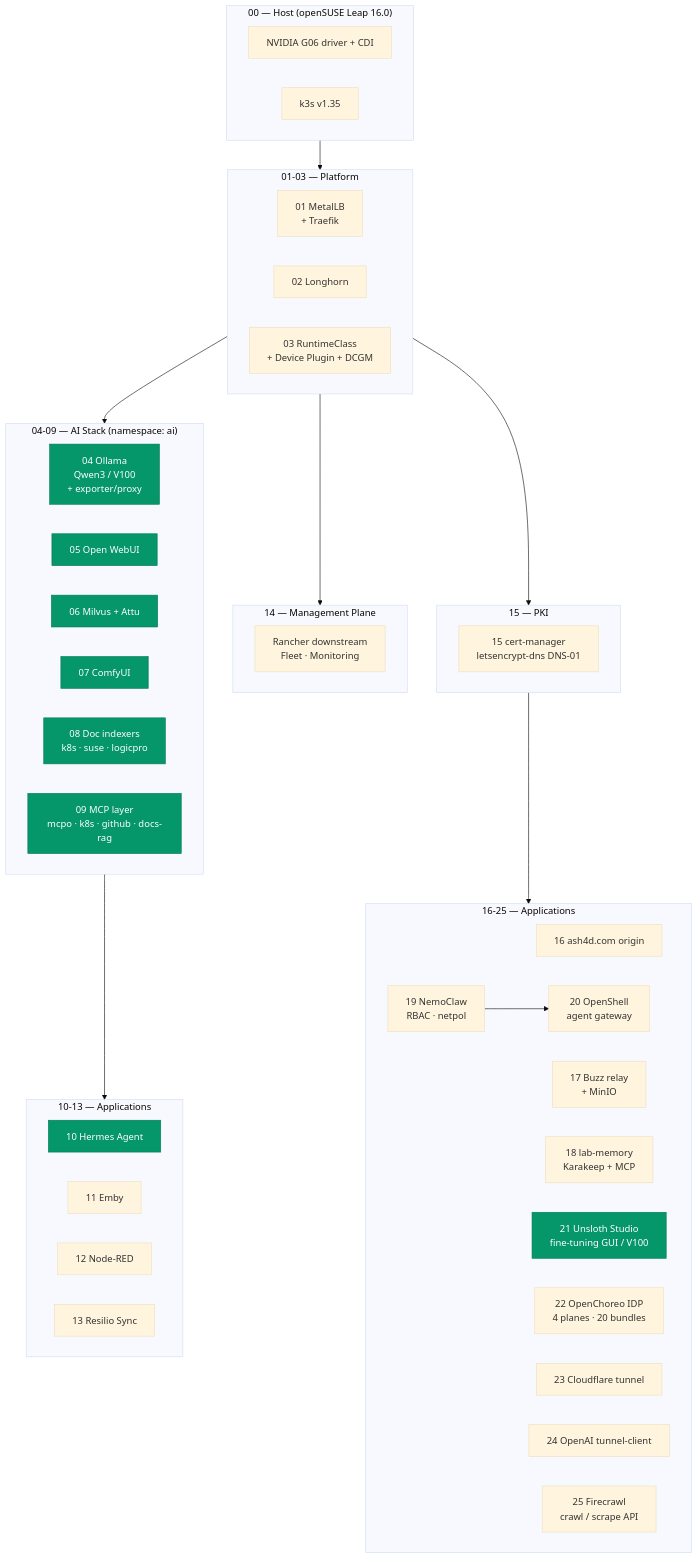
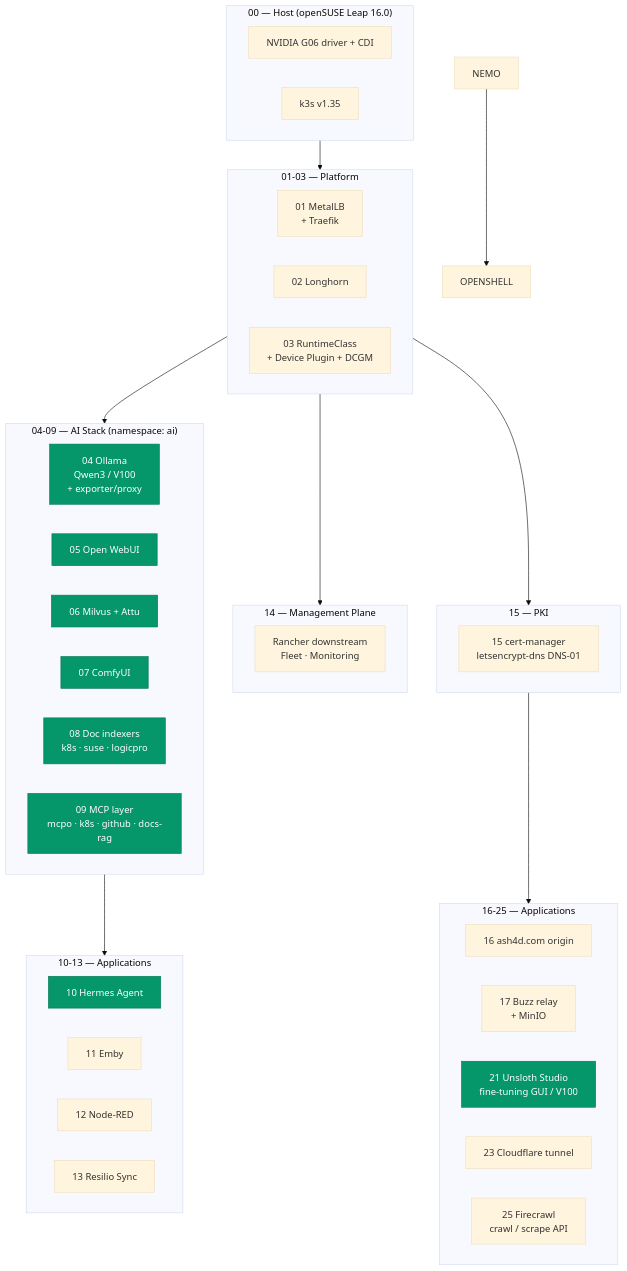
One commit to darthzen/lab-fleet changed the first of 2 diagrams in README.md. Above: the diagram before and after it, drawn with Mermaid (base theme). The commit also changed other lines of this file and 95 other files, not shown here.

First line of the commit message:
Remove OpenChoreo, lab-memory, NemoClaw and OpenShell (#39)

````diff
--- a/README.md
+++ b/README.md
@@ -11,59 +11,54 @@
 ```mermaid
 flowchart TD
     subgraph host["00 — Host (openSUSE Leap 16.0)"]
         DRIVER[NVIDIA G06 driver + CDI]
         K3S[k3s v1.35]
     end
 
     subgraph platform["01-03 — Platform"]
         METALLB[01 MetalLB<br/>+ Traefik]
         LONGHORN[02 Longhorn]
         GPU[03 RuntimeClass<br/>+ Device Plugin + DCGM]
     end
 
     subgraph ai["04-09 — AI Stack (namespace: ai)"]
         OLLAMA[04 Ollama<br/>Qwen3 / V100<br/>+ exporter/proxy]
         OWUI[05 Open WebUI]
         MILVUS[06 Milvus + Attu]
         COMFY[07 ComfyUI]
         INDEXER[08 Doc indexers<br/>k8s · suse · logicpro]
         MCP[09 MCP layer<br/>mcpo · k8s · github · docs-rag]
     end
 
     subgraph apps["10-13 — Applications"]
         HERMES[10 Hermes Agent]
         EMBY[11 Emby]
         NODERED[12 Node-RED]
         RESILIO[13 Resilio Sync]
     end
 
     subgraph mgmt["14 — Management Plane"]
         RANCHER[Rancher downstream<br/>Fleet · Monitoring]
     end
 
     subgraph pki["15 — PKI"]
         CERTMGR[15 cert-manager<br/>letsencrypt-dns DNS-01]
     end
 
     subgraph more["16-25 — Applications"]
         ORIGIN[16 ash4d.com origin]
         BUZZ[17 Buzz relay<br/>+ MinIO]
-        MEMORY[18 lab-memory<br/>Karakeep + MCP]
-        NEMO[19 NemoClaw<br/>RBAC · netpol]
-        OPENSHELL[20 OpenShell<br/>agent gateway]
         UNSLOTH[21 Unsloth Studio<br/>fine-tuning GUI / V100]
-        CHOREO[22 OpenChoreo IDP<br/>4 planes · 20 bundles]
         CFTUNNEL[23 Cloudflare tunnel]
-        OAITUNNEL[24 OpenAI tunnel-client]
         FIRECRAWL[25 Firecrawl<br/>crawl / scrape API]
     end
 
     host --> platform --> ai --> apps
     platform --> mgmt
     platform --> pki
     pki --> more
     NEMO --> OPENSHELL
 
     classDef ai_c fill:#059669,stroke:#047857,color:#fff
     class OLLAMA,OWUI,MILVUS,COMFY,INDEXER,MCP,HERMES,UNSLOTH ai_c
 ```
````
